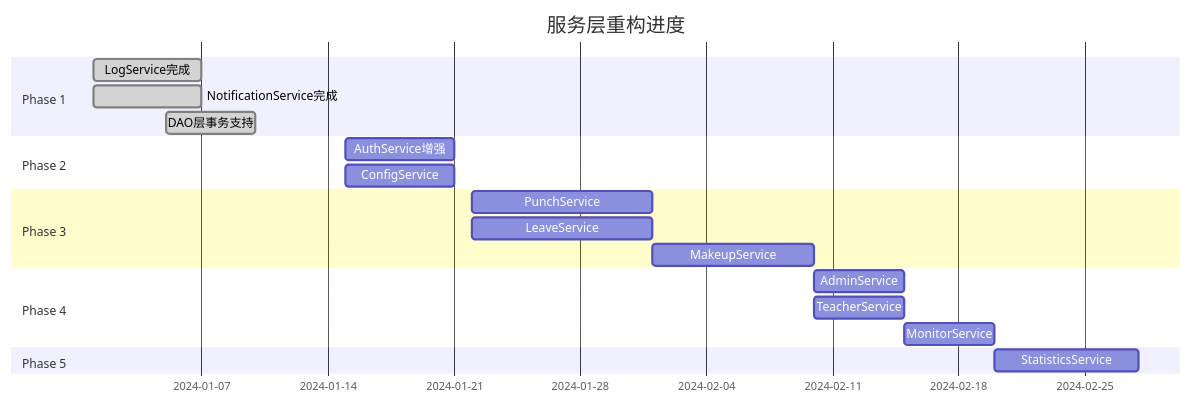
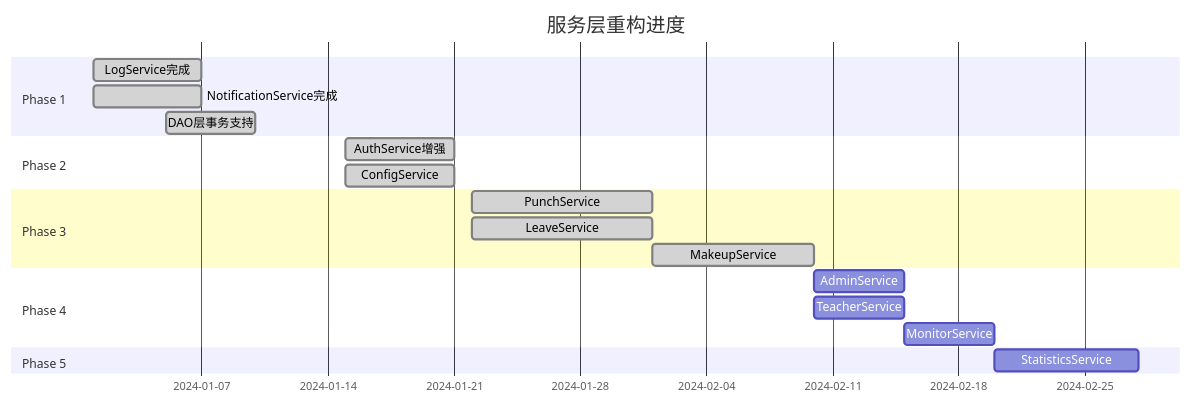
Before and after one commit to cchharrmmmmyyy/class-checkin-wxapp: the seventh of 14 diagrams in README.md, drawn with Mermaid. The commit also changed other lines of this file and 18 other files, not shown here.

Commit message:
完成Phase 3开发：PunchService、LeaveService、MakeupService功能增强及测试

````diff
--- a/README.md
+++ b/README.md
@@ -368,22 +368,22 @@
 ```mermaid
 gantt
     title 服务层重构进度
     dateFormat YYYY-MM-DD
     section Phase 1
     LogService完成          :done, 2024-01-01, 2024-01-07
     NotificationService完成  :done, 2024-01-01, 2024-01-07
     DAO层事务支持           :done, 2024-01-05, 2024-01-10
     section Phase 2
-    AuthService增强         :todo, 2024-01-15, 2024-01-21
-    ConfigService          :todo, 2024-01-15, 2024-01-21
+    AuthService增强         :done, 2024-01-15, 2024-01-21
+    ConfigService          :done, 2024-01-15, 2024-01-21
     section Phase 3
-    PunchService           :todo, 2024-01-22, 2024-02-01
-    LeaveService           :todo, 2024-01-22, 2024-02-01
-    MakeupService          :todo, 2024-02-01, 2024-02-10
+    PunchService           :done, 2024-01-22, 2024-02-01
+    LeaveService           :done, 2024-01-22, 2024-02-01
+    MakeupService          :done, 2024-02-01, 2024-02-10
     section Phase 4
     AdminService           :todo, 2024-02-10, 2024-02-15
     TeacherService          :todo, 2024-02-10, 2024-02-15
     MonitorService         :todo, 2024-02-15, 2024-02-20
     section Phase 5
     StatisticsService      :todo, 2024-02-20, 2024-02-28
 ```
````
